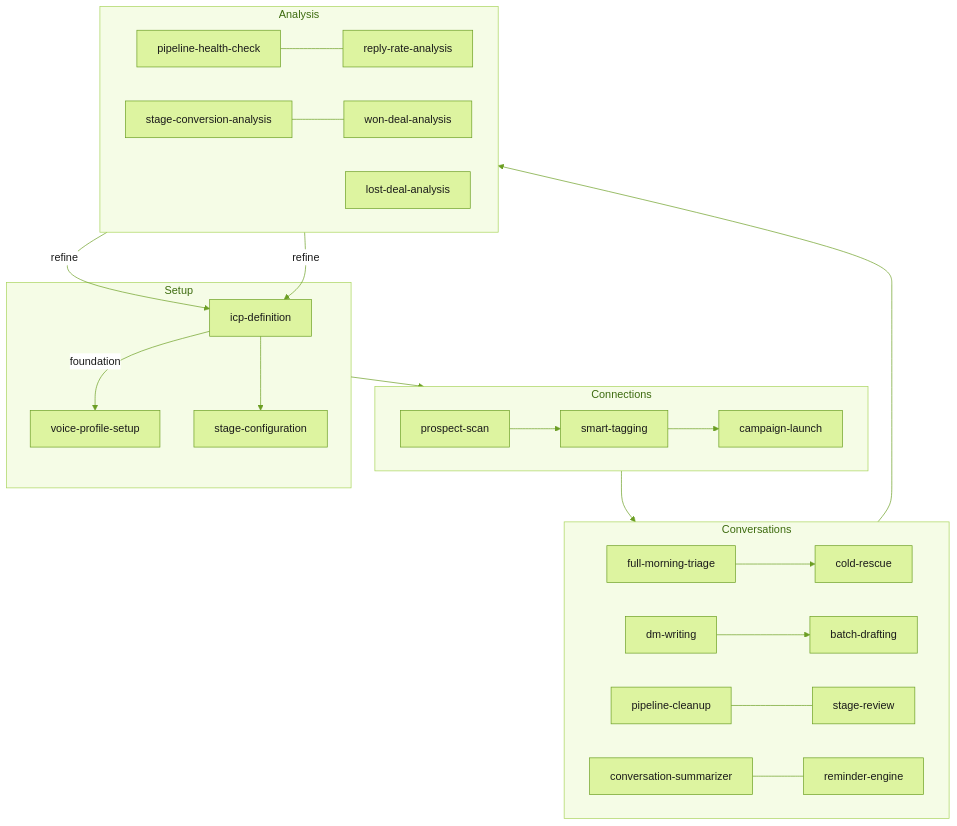
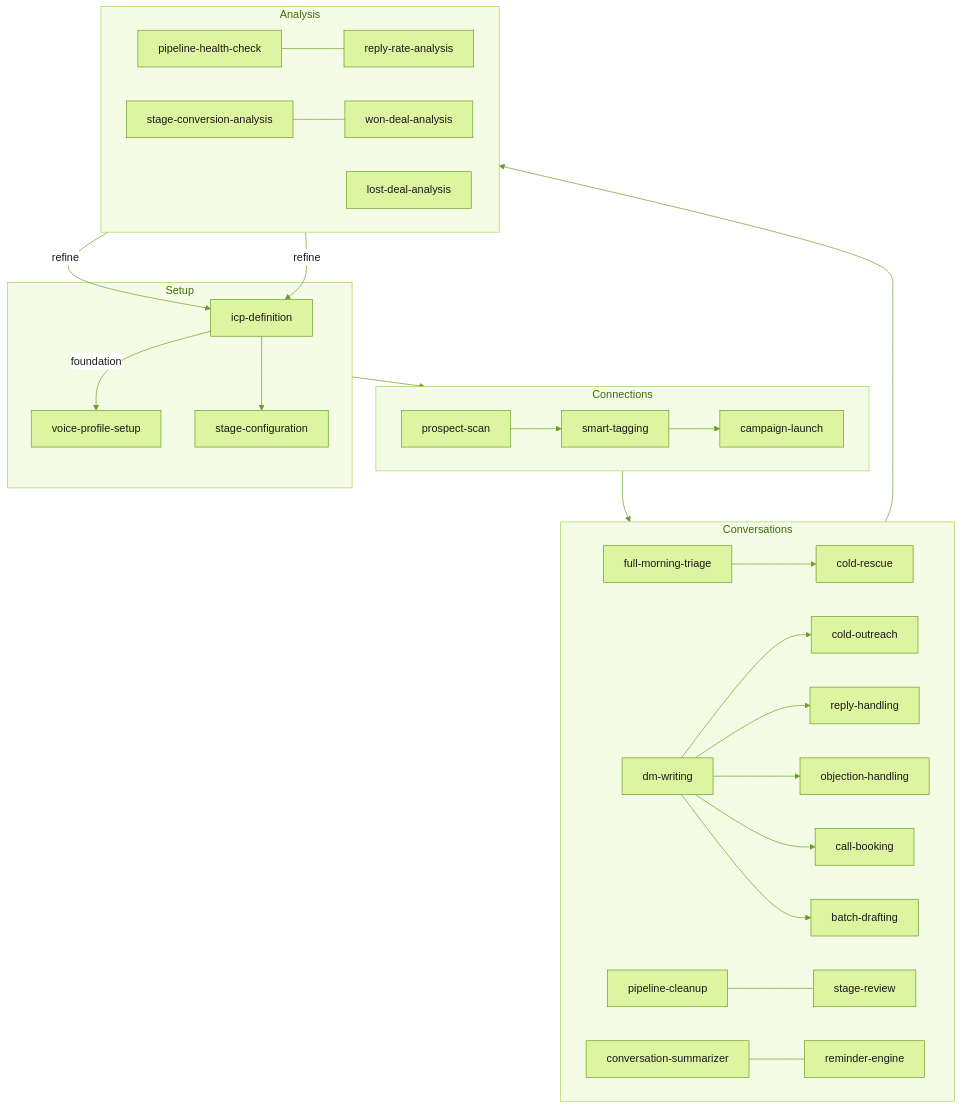
One commit to stvbutlr/linkninja-skills changed the diagram in README.md. Above: the diagram before and after it, drawn with Mermaid. The commit also changed other lines of this file and 14 other files, not shown here.

````diff
--- a/README.md
+++ b/README.md
@@ -106,42 +110,46 @@
 ```mermaid
 %%{init: {'theme': 'base', 'themeVariables': {
   'primaryColor': '#ddf4a0',
   'primaryTextColor': '#1a1a1a',
   'primaryBorderColor': '#6b9e23',
   'lineColor': '#6b9e23',
   'clusterBkg': '#f5fce6',
   'clusterBorder': '#a8d45a',
   'titleColor': '#3d6b0f',
   'edgeLabelBackground': '#ffffff',
   'fontFamily': 'JetBrains Mono, monospace'
 }}}%%
 flowchart TD
     subgraph Setup
         ICP[icp-definition] -->|foundation| VP[voice-profile-setup]
         ICP --> SC[stage-configuration]
     end
 
     subgraph Connections
         PS[prospect-scan] --> ST[smart-tagging]
         ST --> CL[campaign-launch]
     end
 
     subgraph Conversations
         direction LR
         FMT[full-morning-triage] --> CR[cold-rescue]
-        DM[dm-writing] --> BD[batch-drafting]
+        DM[dm-writing] --> CO[cold-outreach]
+        DM --> RH[reply-handling]
+        DM --> OH[objection-handling]
+        DM --> CB[call-booking]
+        DM --> BD[batch-drafting]
         PC[pipeline-cleanup] --- SR[stage-review]
         CS[conversation-summarizer] --- RE[reminder-engine]
     end
 
     subgraph Analysis
         direction LR
         PHC[pipeline-health-check] --- RRA[reply-rate-analysis]
         SCA[stage-conversion-analysis] --- WDA[won-deal-analysis]
         LDA[lost-deal-analysis]
     end
 
     Setup --> Connections --> Conversations --> Analysis
     WDA -->|refine| ICP
     LDA -->|refine| ICP
 ```
````
